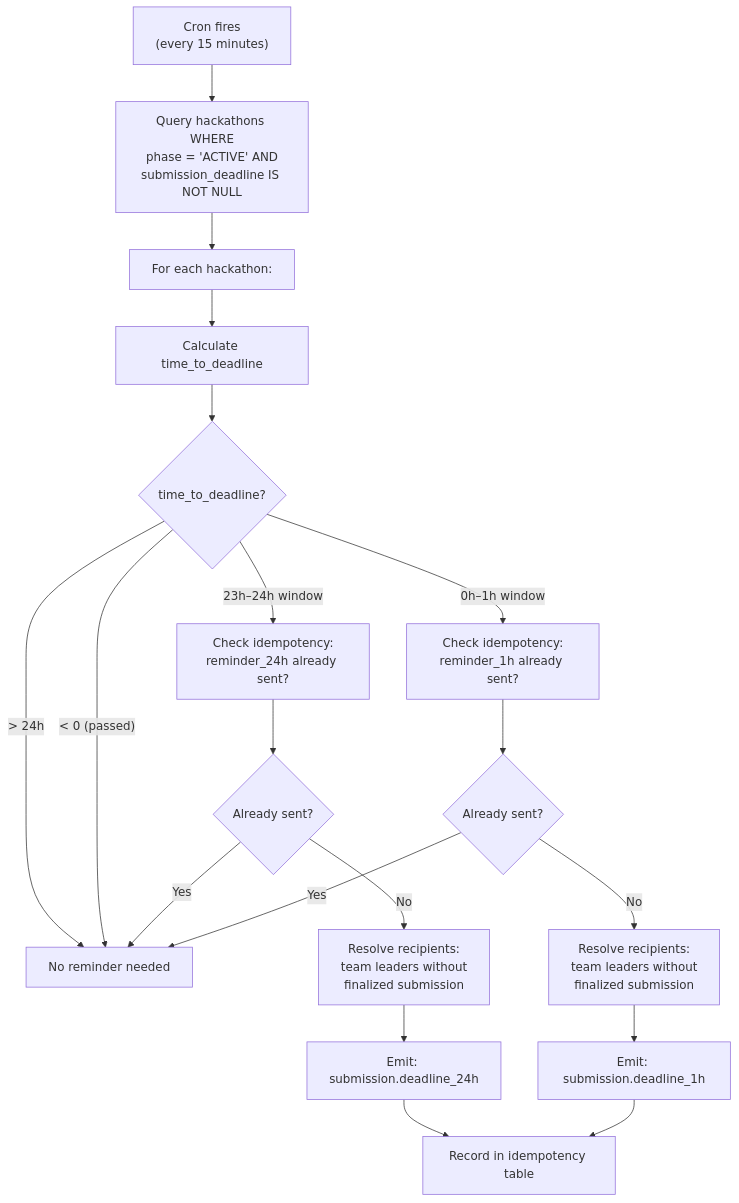
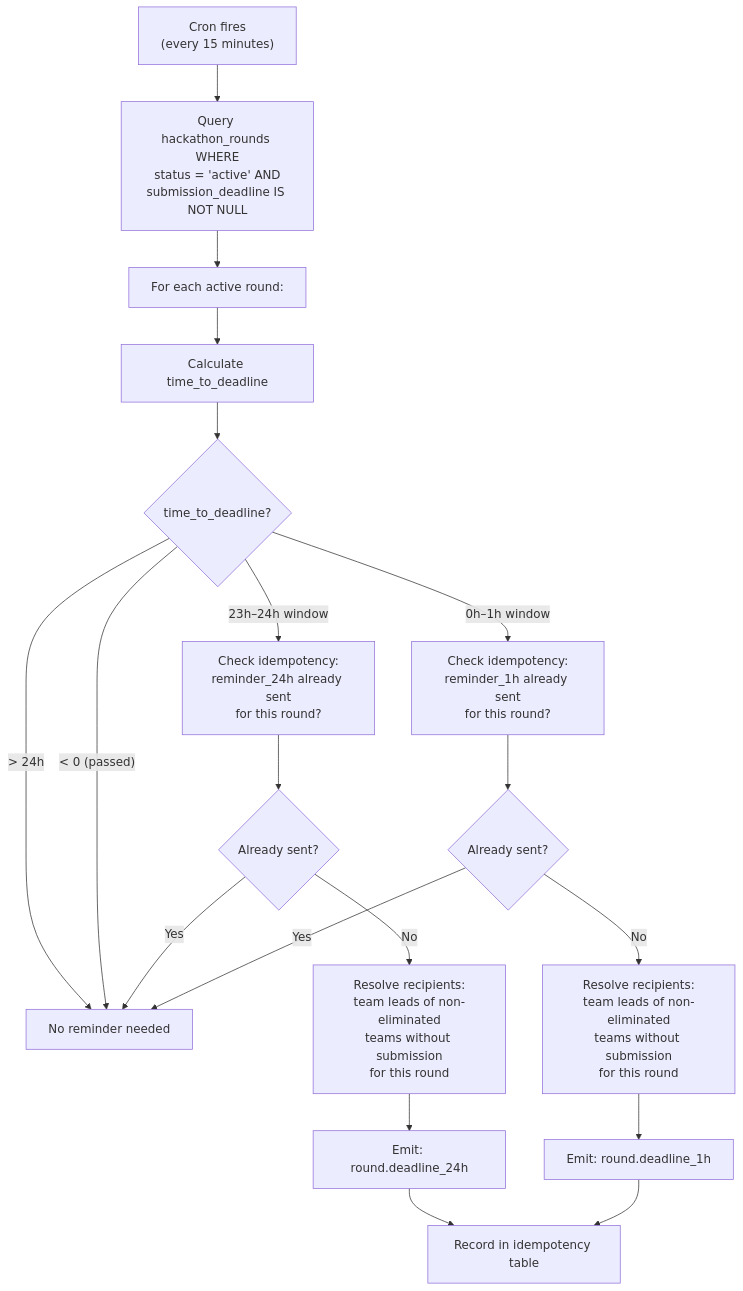
Before and after one commit to devangshupandey2025-stack/DevSage: the seventh of 8 diagrams in docs/v3/planned/notifications.md, drawn with Mermaid. The commit also changed other lines of this file, not shown here.

First line of the commit message:
docs(notifications): simplify to email and in-app, add rounds-aware reminders

````diff
--- a/docs/v3/planned/notifications.md
+++ b/docs/v3/planned/notifications.md
@@ -779,25 +455,25 @@
 ```mermaid
 flowchart TD
-    A["Cron fires<br/>(every 15 minutes)"] --> B["Query hackathons WHERE<br/>phase = 'ACTIVE' AND<br/>submission_deadline IS NOT NULL"]
-    B --> C["For each hackathon:"]
+    A["Cron fires<br/>(every 15 minutes)"] --> B["Query hackathon_rounds WHERE<br/>status = 'active' AND<br/>submission_deadline IS NOT NULL"]
+    B --> C["For each active round:"]
     C --> D["Calculate time_to_deadline"]
     D --> E{"time_to_deadline?"}
 
     E -->|"> 24h"| F["No reminder needed"]
-    E -->|"23h–24h window"| G["Check idempotency:<br/>reminder_24h already sent?"]
-    E -->|"0h–1h window"| H["Check idempotency:<br/>reminder_1h already sent?"]
+    E -->|"23h–24h window"| G["Check idempotency:<br/>reminder_24h already sent<br/>for this round?"]
+    E -->|"0h–1h window"| H["Check idempotency:<br/>reminder_1h already sent<br/>for this round?"]
     E -->|"< 0 (passed)"| F
 
     G --> I{"Already sent?"}
     I -->|Yes| F
-    I -->|No| J["Resolve recipients:<br/>team leaders without<br/>finalized submission"]
-    J --> K["Emit: submission.deadline_24h"]
+    I -->|No| J["Resolve recipients:<br/>team leads of non-eliminated<br/>teams without submission<br/>for this round"]
+    J --> K["Emit: round.deadline_24h"]
 
     H --> L{"Already sent?"}
     L -->|Yes| F
-    L -->|No| M["Resolve recipients:<br/>team leaders without<br/>finalized submission"]
-    M --> N["Emit: submission.deadline_1h"]
+    L -->|No| M["Resolve recipients:<br/>team leads of non-eliminated<br/>teams without submission<br/>for this round"]
+    M --> N["Emit: round.deadline_1h"]
 
     K --> O["Record in idempotency table"]
     N --> O
 ```
````
